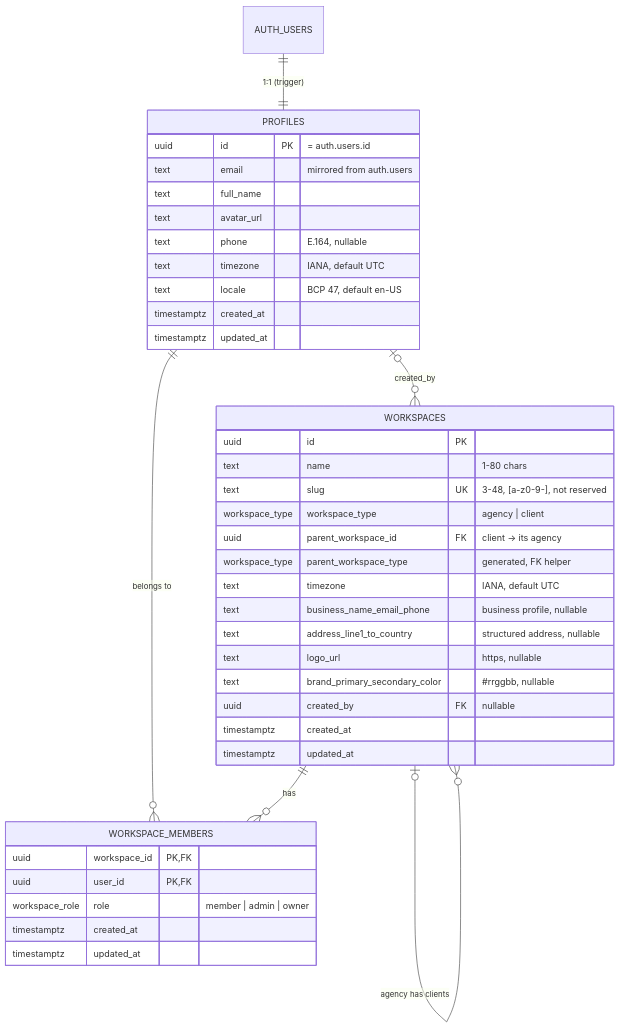
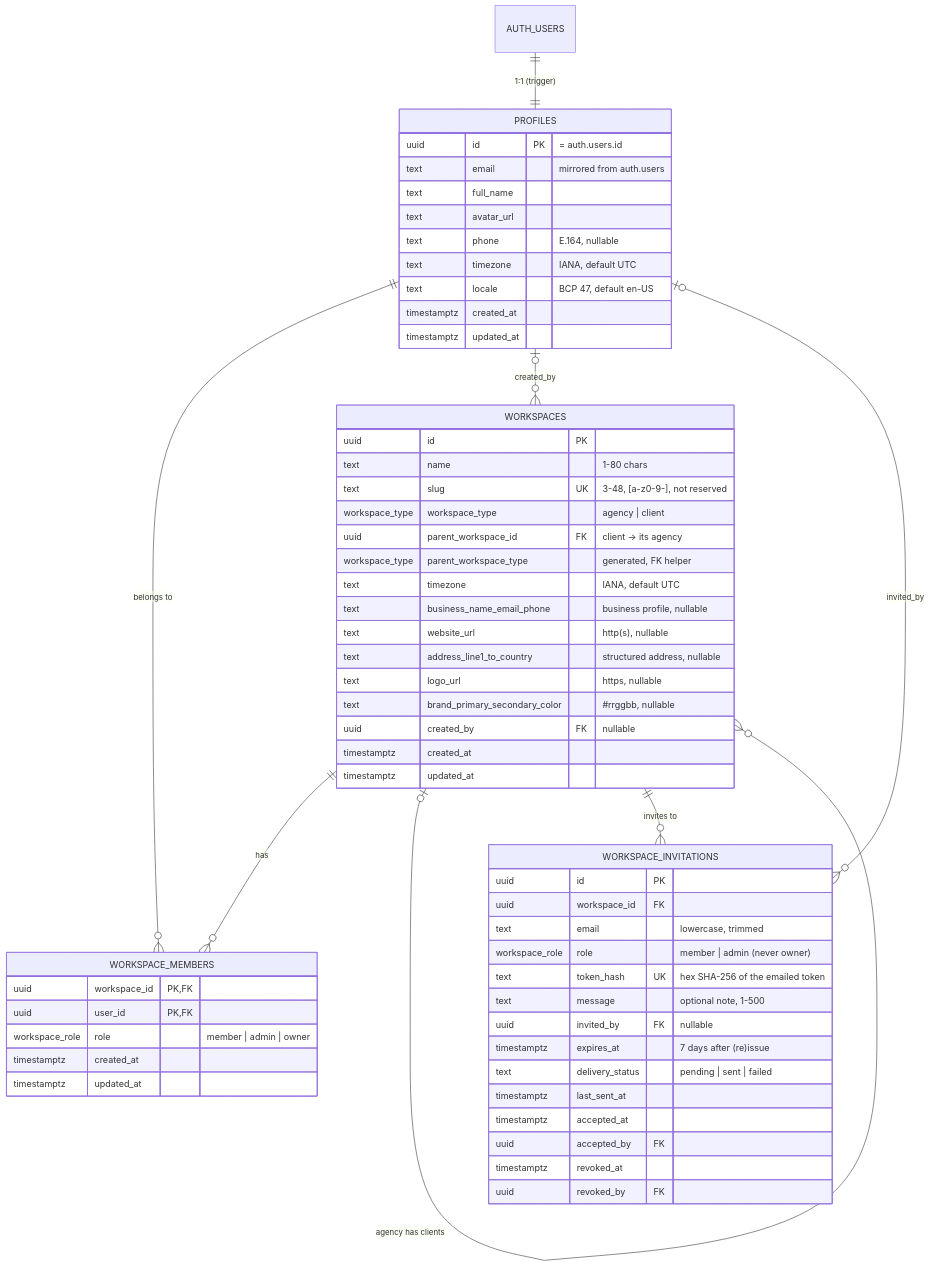
The diagram in docs/DATABASE.md (adithpenta23/DreamFunnels), drawn with Mermaid before and after one commit. The commit also changed other lines of this file and 110 other files, not shown here.

````diff
--- a/docs/DATABASE.md
+++ b/docs/DATABASE.md
@@ -17,43 +18,62 @@
 ```mermaid
 erDiagram
   AUTH_USERS ||--|| PROFILES : "1:1 (trigger)"
   PROFILES ||--o{ WORKSPACE_MEMBERS : "belongs to"
   WORKSPACES ||--o{ WORKSPACE_MEMBERS : "has"
   PROFILES |o--o{ WORKSPACES : "created_by"
   WORKSPACES |o--o{ WORKSPACES : "agency has clients"
+  WORKSPACES ||--o{ WORKSPACE_INVITATIONS : "invites to"
+  PROFILES |o--o{ WORKSPACE_INVITATIONS : "invited_by"
 
   PROFILES {
     uuid id PK "= auth.users.id"
     text email "mirrored from auth.users"
     text full_name
     text avatar_url
     text phone "E.164, nullable"
     text timezone "IANA, default UTC"
     text locale "BCP 47, default en-US"
     timestamptz created_at
     timestamptz updated_at
   }
   WORKSPACES {
     uuid id PK
     text name "1-80 chars"
     text slug UK "3-48, [a-z0-9-], not reserved"
     workspace_type workspace_type "agency | client"
     uuid parent_workspace_id FK "client -> its agency"
     workspace_type parent_workspace_type "generated, FK helper"
     text timezone "IANA, default UTC"
     text business_name_email_phone "business profile, nullable"
+    text website_url "http(s), nullable"
     text address_line1_to_country "structured address, nullable"
     text logo_url "https, nullable"
     text brand_primary_secondary_color "#rrggbb, nullable"
     uuid created_by FK "nullable"
     timestamptz created_at
     timestamptz updated_at
   }
   WORKSPACE_MEMBERS {
     uuid workspace_id PK, FK
     uuid user_id PK, FK
     workspace_role role "member | admin | owner"
     timestamptz created_at
     timestamptz updated_at
   }
+  WORKSPACE_INVITATIONS {
+    uuid id PK
+    uuid workspace_id FK
+    text email "lowercase, trimmed"
+    workspace_role role "member | admin (never owner)"
+    text token_hash UK "hex SHA-256 of the emailed token"
+    text message "optional note, 1-500"
+    uuid invited_by FK "nullable"
+    timestamptz expires_at "7 days after (re)issue"
+    text delivery_status "pending | sent | failed"
+    timestamptz last_sent_at
+    timestamptz accepted_at
+    uuid accepted_by FK
+    timestamptz revoked_at
+    uuid revoked_by FK
+  }
 ```
````
